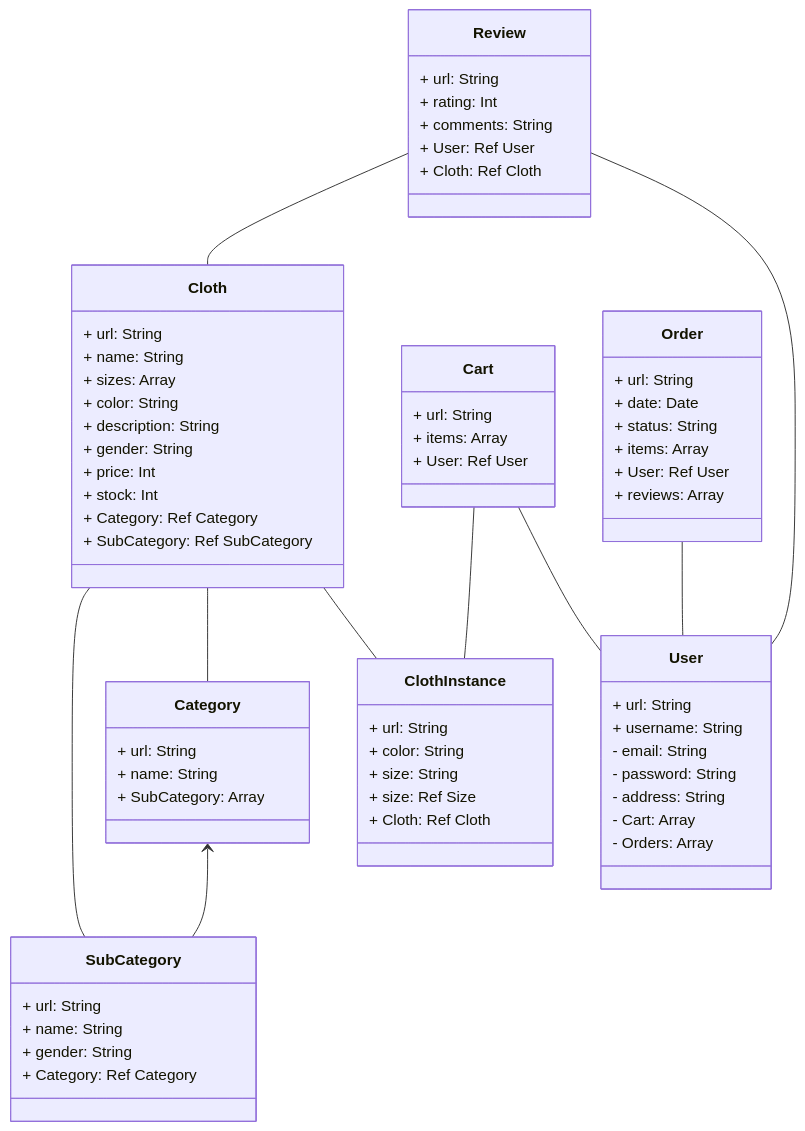
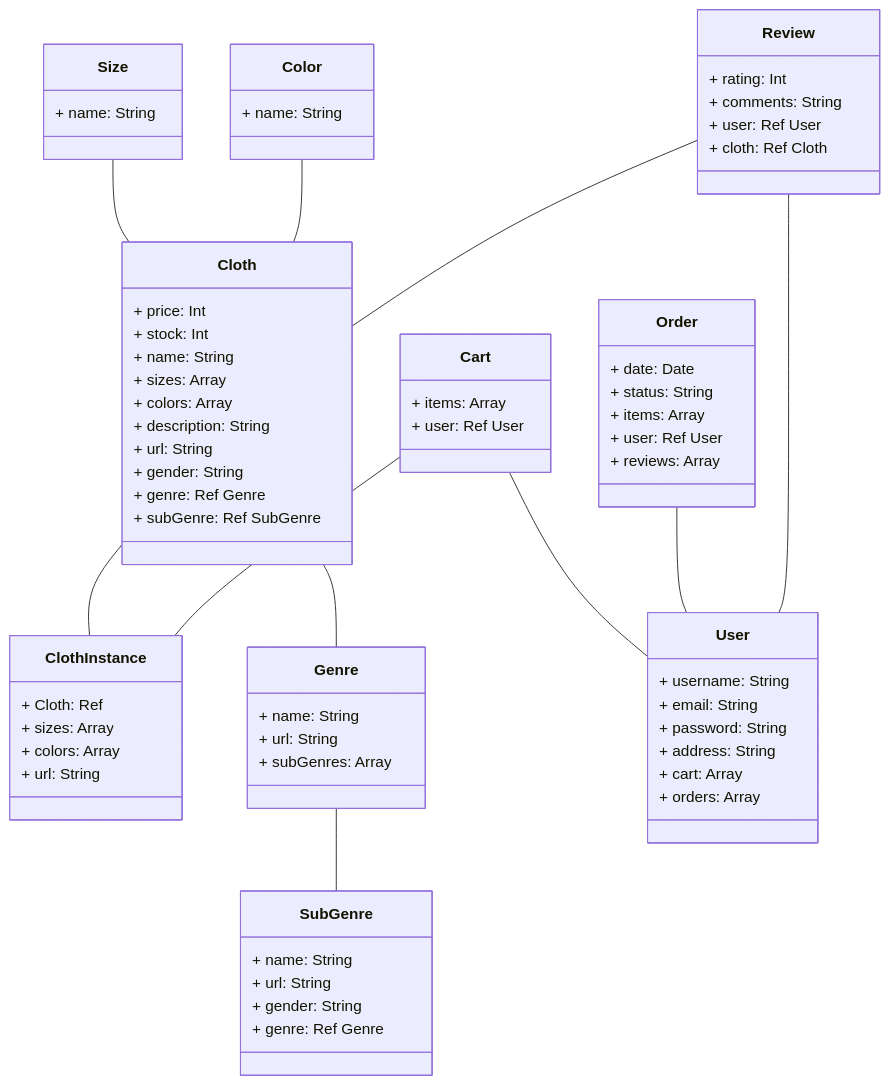
The diagram in README.md (aScHEABL/inventory-application), drawn with Mermaid before and after one commit. The commit also changed 9 other files, not shown here.

Commit message:
WIP: Schema for model #0

````diff
--- a/README.md
+++ b/README.md
@@ -2,9 +2,10 @@
 ```mermaid
 classDiagram
     Cloth -- ClothInstance
-    Cloth -- Category
-    Cloth -- SubCategory
-    Category <-- SubCategory
+    Cloth -- Genre
+    Size -- Cloth
+    Color -- Cloth
+    Genre -- SubGenre
     Cart -- User
     Order -- User
     Review -- User
@@ -12,70 +13,73 @@
     Cart -- ClothInstance
 
     class Cloth {
-        + url: String
-        + name: String
-        + sizes: Array<Ref Size>
-        + color: String
-        + description: String
-        + gender: String
         + price: Int
         + stock: Int
-        + Category: Ref Category
-        + SubCategory: Ref SubCategory
+        + name: String
+        + sizes: Array<String>
+        + colors: Array<String>
+        + description: String
+        + url: String
+        + gender: String
+        + genre: Ref Genre
+        + subGenre: Ref SubGenre
     }
 
     class ClothInstance {
+        + Cloth: Ref
+        + sizes: Array<String>
+        + colors: Array<String>
         + url: String
-        + color: String
-        + size: String
-        + size: Ref Size
-        + Cloth: Ref Cloth
     }
 
-    class Category {
+    class Genre {
+        + name: String
         + url: String
-        + name: String
-        + SubCategory: Array<Ref SubCategory>
+        + subGenres: Array<Ref SubGenre>
     }
 
-    class SubCategory {
+    class Size {
+        + name: String
+    }
+
+    class Color {
+        + name: String
+    }
+
+    class SubGenre {
+        + name: String
         + url: String
-        + name: String
         + gender: String
-        + Category: Ref Category
+        + genre: Ref Genre
     }
 
     class User {
-        + url: String
         + username: String
-        - email: String
-        - password: String
-        - address: String
-        - Cart: Array<Ref Cart>
-        - Orders: Array<Ref Order>
+        + email: String
+        + password: String
+        + address: String
+        + cart: Array<Ref Cart>
+        + orders: Array<Ref Order>
     }
 
     class Order {
-        + url: String
         + date: Date
         + status: String
         + items: Array<Ref ClothInstance>
-        + User: Ref User
+        + user: Ref User
         + reviews: Array<Ref Review>
     }
 
     class Review {
-        + url: String
         + rating: Int
         + comments: String
-        + User: Ref User
-        + Cloth: Ref Cloth
+        + user: Ref User
+        + cloth: Ref Cloth
     }
 
     class Cart {
-        + url: String
         + items: Array<Ref ClothInstance>
-        + User: Ref User
+        + user: Ref User
     }
 
 ```
````
